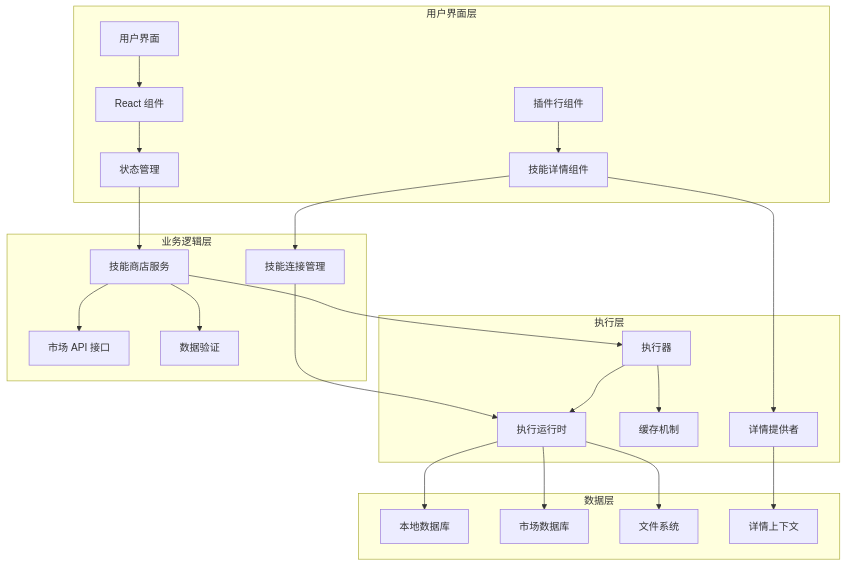
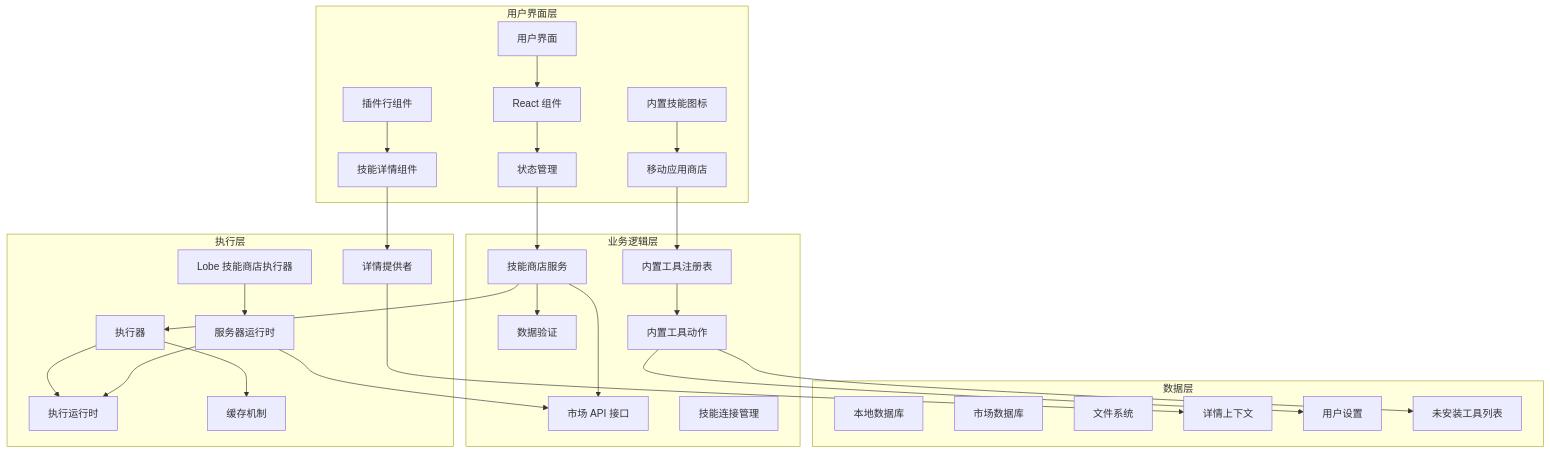
The second of 15 diagrams in .qoder/repowiki/zh/content/核心功能模块/技能市场系统/技能市场系统.md (AvatoLabs/avato), drawn with Mermaid before and after one commit. The commit also changed other lines of this file and 158 other files, not shown here.

````diff
--- a/.qoder/repowiki/zh/content/核心功能模块/技能市场系统/技能市场系统.md
+++ b/.qoder/repowiki/zh/content/核心功能模块/技能市场系统/技能市场系统.md
@@ -168,44 +189,55 @@
 ```mermaid
 graph TD
 subgraph "用户界面层"
 UI[用户界面]
 Components[React 组件]
 Store[状态管理]
 SkillDetail[技能详情组件]
 AgentSkillItem[插件行组件]
+BuiltinSkillIcon[内置技能图标]
+MobileStore[移动应用商店]
 end
 subgraph "业务逻辑层"
 SkillStore[技能商店服务]
 MarketAPI[市场 API 接口]
 Validation[数据验证]
 SkillConnect[技能连接管理]
+BuiltinToolRegistry[内置工具注册表]
+BuiltinToolActions[内置工具动作]
 end
 subgraph "执行层"
 Executor[执行器]
 Runtime[执行运行时]
 Cache[缓存机制]
 DetailProvider[详情提供者]
+BuiltinToolExecutor[Lobe 技能商店执行器]
+ServerRuntime[服务器运行时]
 end
 subgraph "数据层"
 LocalDB[本地数据库]
 MarketDB[市场数据库]
 FileSystem[文件系统]
 DetailContext[详情上下文]
+UserSettings[用户设置]
+UninstalledTools[未安装工具列表]
 end
 UI --> Components
 Components --> Store
 Store --> SkillStore
 SkillStore --> MarketAPI
 SkillStore --> Validation
 SkillStore --> Executor
 Executor --> Runtime
 Executor --> Cache
 SkillDetail --> DetailProvider
 DetailProvider --> DetailContext
 AgentSkillItem --> SkillDetail
-SkillDetail --> SkillConnect
-SkillConnect --> Runtime
-Runtime --> LocalDB
-Runtime --> MarketDB
-Runtime --> FileSystem
+BuiltinSkillIcon --> MobileStore
+MobileStore --> BuiltinToolRegistry
+BuiltinToolRegistry --> BuiltinToolActions
+BuiltinToolActions --> UserSettings
+BuiltinToolActions --> UninstalledTools
+BuiltinToolExecutor --> ServerRuntime
+ServerRuntime --> Runtime
+ServerRuntime --> MarketAPI
 ```
````
